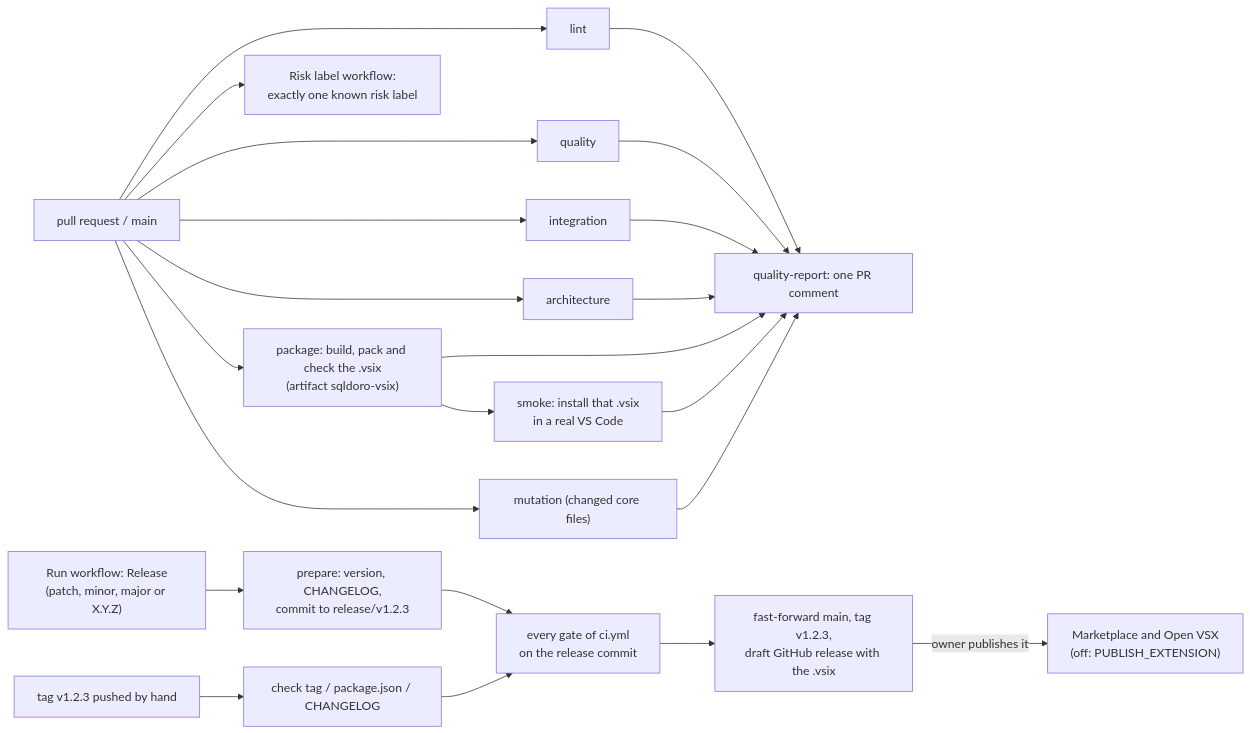
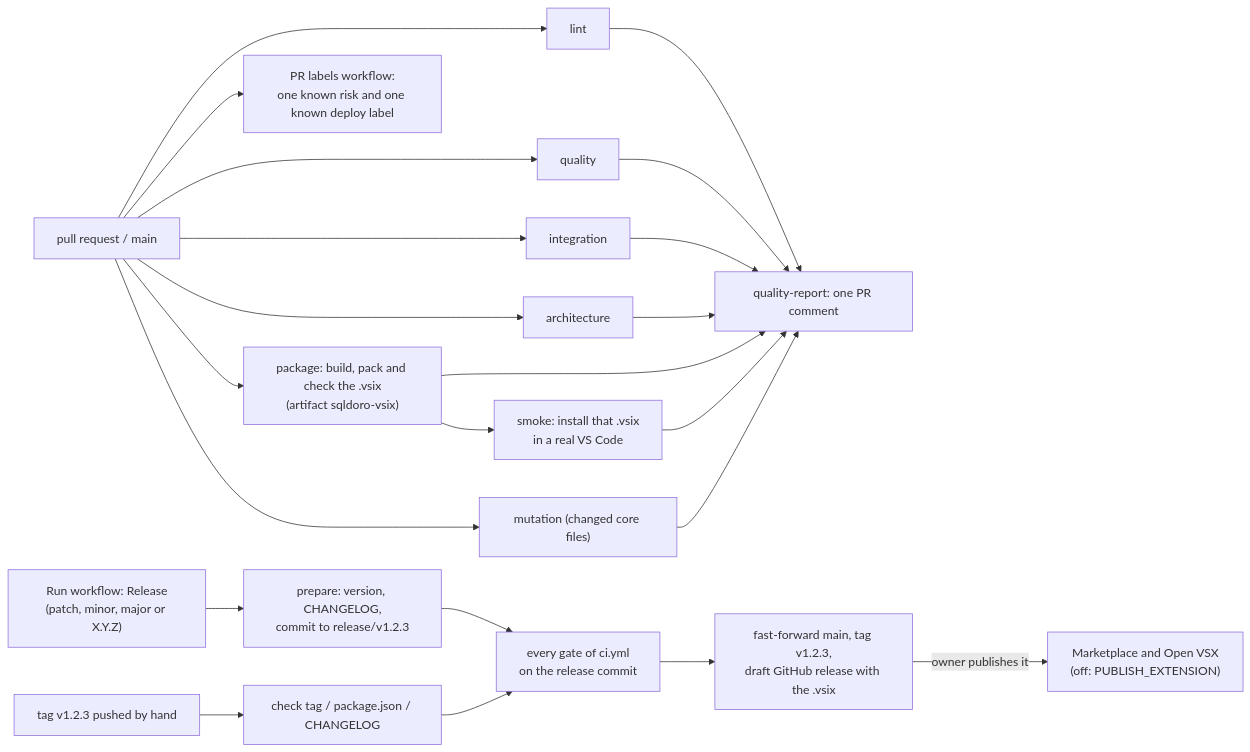
Before and after one commit to mathmed/sqldoro: the fifth of 5 diagrams in docs/ARCHITECTURE.md, drawn with Mermaid. The commit also changed other lines of this file and 22 other files, not shown here.

First line of the commit message:
ci: require one risk and one deploy label on every PR

````diff
--- a/docs/ARCHITECTURE.md
+++ b/docs/ARCHITECTURE.md
@@ -254,11 +254,11 @@
 ```mermaid
 flowchart LR
   pr["pull request / main"] --> lint & quality & integration & architecture & package
   package["package: build, pack and check the .vsix<br/>(artifact sqldoro-vsix)"] --> smoke["smoke: install that .vsix<br/>in a real VS Code"]
   pr --> mutation["mutation (changed core files)"]
   lint & quality & integration & architecture & package & smoke & mutation --> report["quality-report: one PR comment"]
-  pr --> risk["Risk label workflow:<br/>exactly one known risk label"]
+  pr --> labels["PR labels workflow:<br/>one known risk and one known deploy label"]
   run["Run workflow: Release<br/>(patch, minor, major or X.Y.Z)"] --> prepare["prepare: version, CHANGELOG,<br/>commit to release/v1.2.3"] --> gates["every gate of ci.yml<br/>on the release commit"] --> draft["fast-forward main, tag v1.2.3,<br/>draft GitHub release with the .vsix"]
   tag["tag v1.2.3 pushed by hand"] --> check["check tag / package.json / CHANGELOG"] --> gates
   draft -->|"owner publishes it"| publish["Marketplace and Open VSX<br/>(off: PUBLISH_EXTENSION)"]
 ```
````
